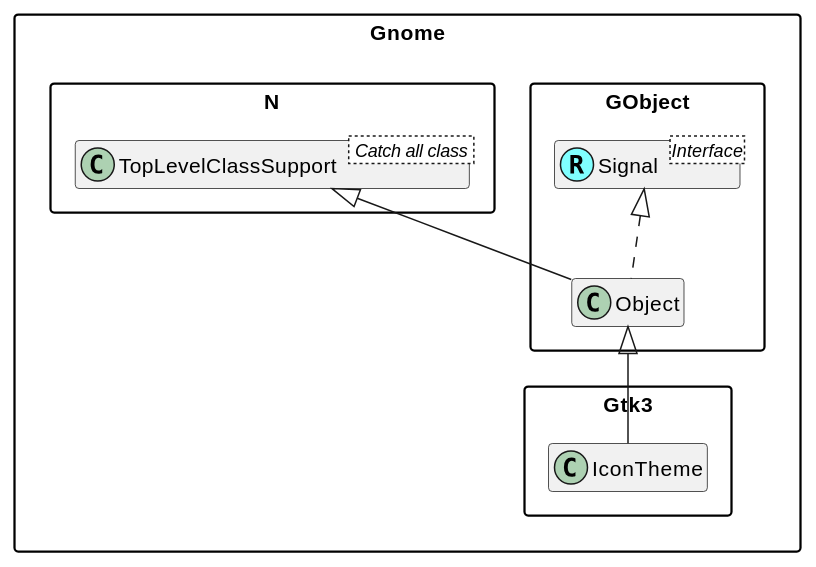
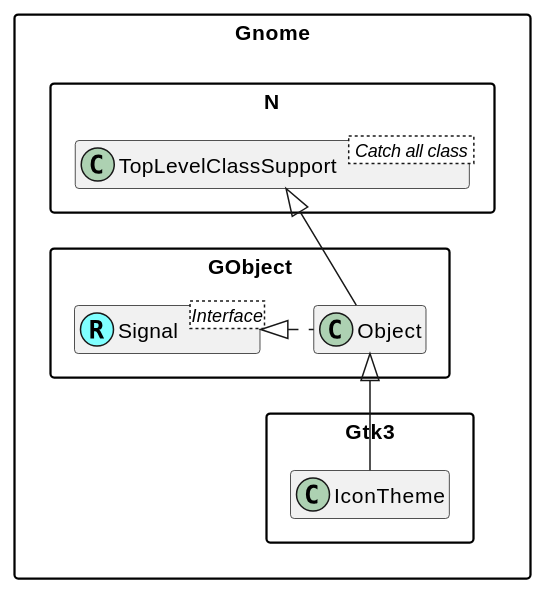
Before and after one commit to MARTIMM/gnome-gtk3: the diagram in doc/plantuml/IconTheme.md, drawn with PlantUML. The commit also changed 3 other files, not shown here.

Commit message:
improve uml

````diff
--- a/doc/plantuml/IconTheme.md
+++ b/doc/plantuml/IconTheme.md
@@ -1,21 +1,18 @@
 ```plantuml
 @startuml
 'scale 0.9
 skinparam packageStyle rectangle
 skinparam stereotypeCBackgroundColor #80ffff
 set namespaceSeparator ::
 hide members
 
-'class Gnome::Gtk3::Buildable <<(R,#80ffff)>>
-
 Interface Gnome::GObject::Signal <Interface>
 class Gnome::GObject::Signal <<(R,#80ffff)>>
 
 class Gnome::N::TopLevelClassSupport < Catch all class >
 Gnome::N::TopLevelClassSupport <|-- Gnome::GObject::Object
 
 Gnome::GObject::Object <|-- Gnome::Gtk3::IconTheme
-'Gnome::GObject::Object *-> Gnome::GObject::Signal
-Gnome::GObject::Signal <|.. Gnome::GObject::Object
+Gnome::GObject::Signal <|. Gnome::GObject::Object
 @enduml
 ```
````
